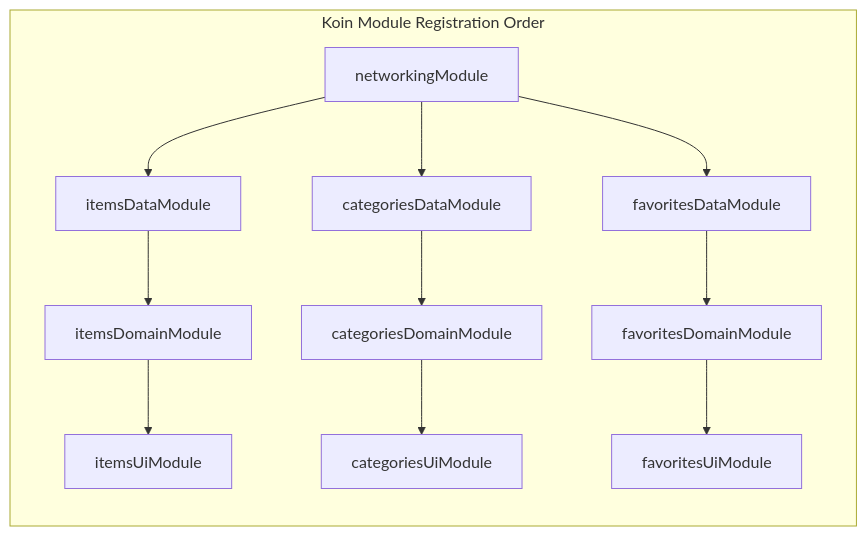
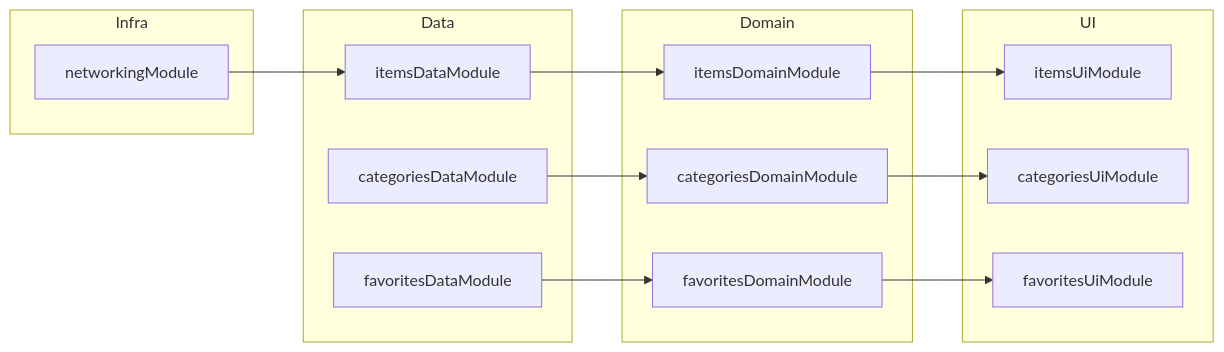
Before and after one commit to Ashanen/Castociasto: the ninth of 10 diagrams in README.md, drawn with Mermaid. The commit also changed other lines of this file, not shown here.

````diff
--- a/README.md
+++ b/README.md
@@ -514,28 +510,32 @@
 ```mermaid
 graph LR
-    subgraph "Koin Module Registration Order"
+    subgraph Infra
         NET[networkingModule]
+    end
 
+    subgraph Data
         ID[itemsDataModule]
         CD[categoriesDataModule]
         FD[favoritesDataModule]
+    end
 
+    subgraph Domain
         IDO[itemsDomainModule]
         CDO[categoriesDomainModule]
         FDO[favoritesDomainModule]
+    end
 
+    subgraph UI
         IU[itemsUiModule]
         CU[categoriesUiModule]
         FU[favoritesUiModule]
     end
 
     NET --> ID
-    NET --> CD
-    NET --> FD
     ID --> IDO
     CD --> CDO
     FD --> FDO
     IDO --> IU
     CDO --> CU
     FDO --> FU
 ```
````
